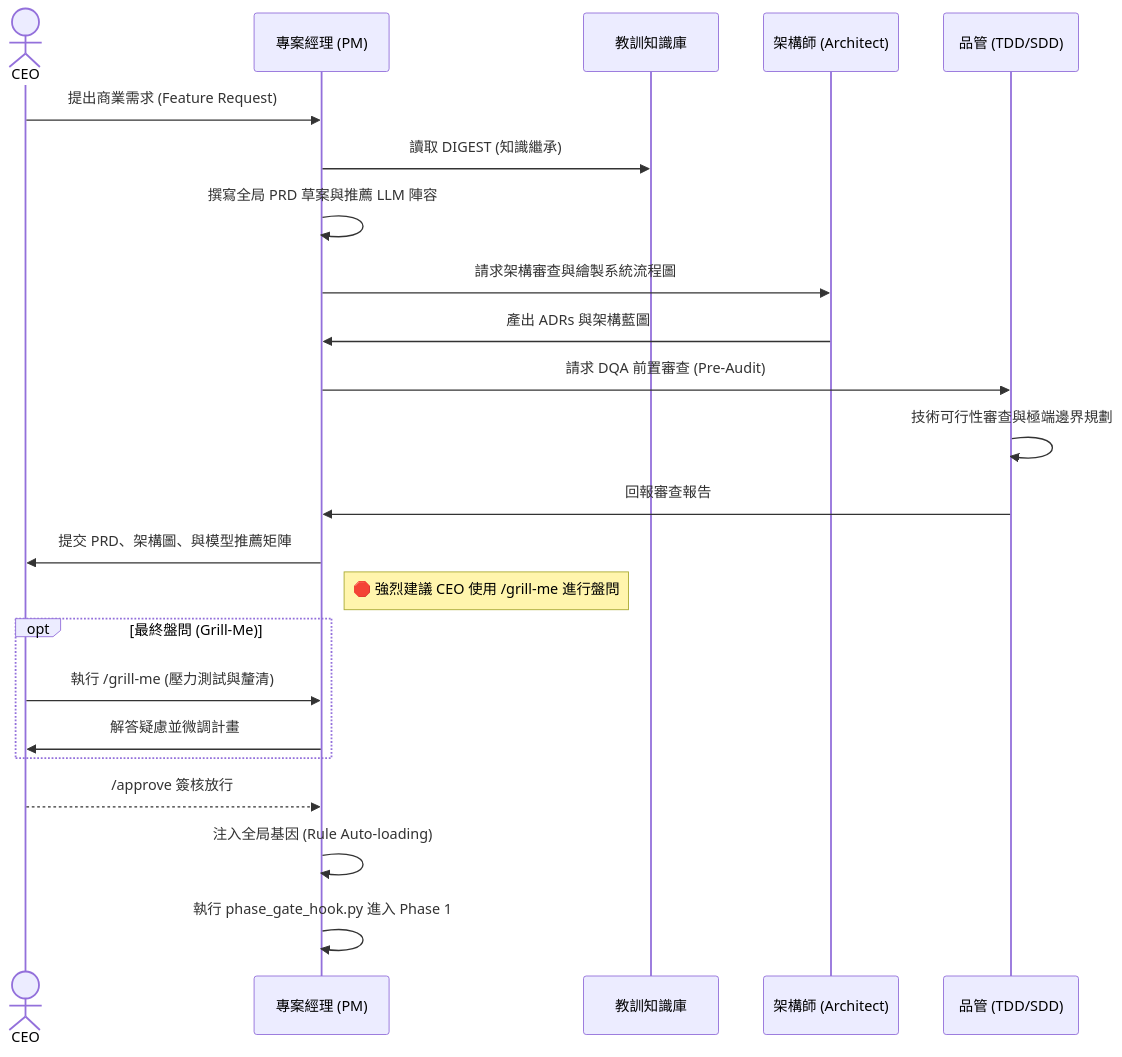
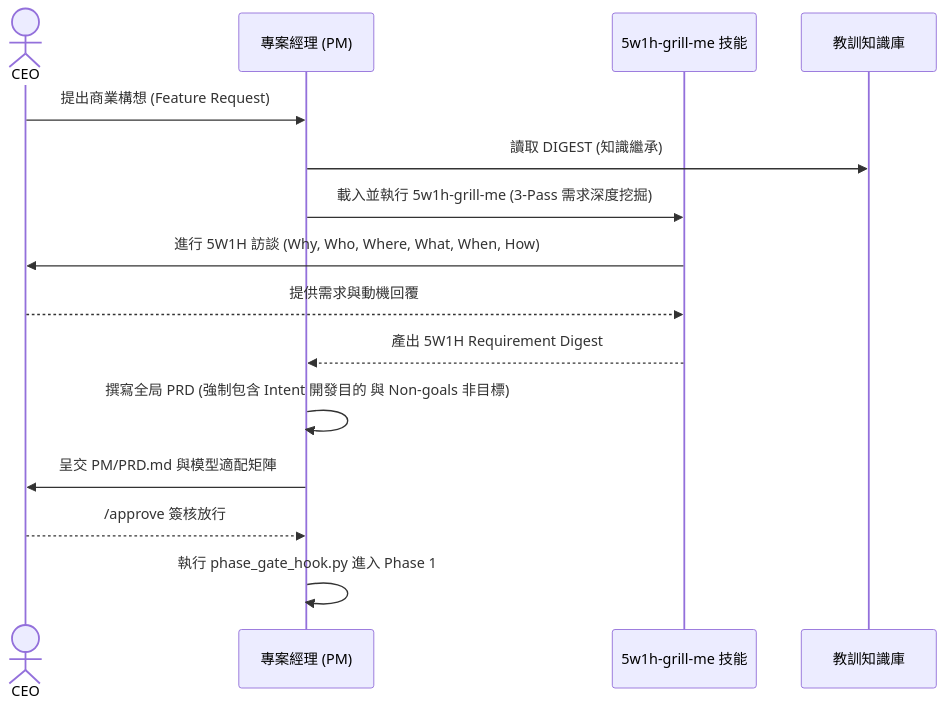
The second of 8 diagrams in README.md (vip3310495-Johnny/Johnny-project-team-plugin), drawn with Mermaid before and after one commit. The commit also changed other lines of this file, not shown here.

Commit message:
docs: update README.md workflow and detailed sequence diagrams for v2.0.0

````diff
--- a/README.md
+++ b/README.md
@@ -93,29 +92,18 @@
 ```mermaid
 sequenceDiagram
     actor CEO
     participant PM as 專案經理 (PM)
+    participant Grill as 5w1h-grill-me 技能
     participant KB as 教訓知識庫
-    participant Arch as 架構師 (Architect)
-    participant DQA as 品管 (TDD/SDD)
     
-    CEO->>PM: 提出商業需求 (Feature Request)
+    CEO->>PM: 提出商業構想 (Feature Request)
     PM->>KB: 讀取 DIGEST (知識繼承)
-    PM->>PM: 撰寫全局 PRD 草案與推薦 LLM 陣容
-    PM->>Arch: 請求架構審查與繪製系統流程圖
-    Arch->>PM: 產出 ADRs 與架構藍圖
-    PM->>DQA: 請求 DQA 前置審查 (Pre-Audit)
-    DQA->>DQA: 技術可行性審查與極端邊界規劃
-    DQA->>PM: 回報審查報告
-    
-    PM->>CEO: 提交 PRD、架構圖、與模型推薦矩陣
-    Note right of PM: 🛑 強烈建議 CEO 使用 /grill-me 進行盤問
-    
-    opt 最終盤問 (Grill-Me)
-        CEO->>PM: 執行 /grill-me (壓力測試與釐清)
-        PM->>CEO: 解答疑慮並微調計畫
-    end
-    
+    PM->>Grill: 載入並執行 5w1h-grill-me (3-Pass 需求深度挖掘)
+    Grill->>CEO: 進行 5W1H 訪談 (Why, Who, Where, What, When, How)
+    CEO-->>Grill: 提供需求與動機回覆
+    Grill-->>PM: 產出 5W1H Requirement Digest
+    PM->>PM: 撰寫全局 PRD (強制包含 Intent 開發目的 與 Non-goals 非目標)
+    PM->>CEO: 呈交 PM/PRD.md 與模型適配矩陣
     CEO-->>PM: /approve 簽核放行
-    PM->>PM: 注入全局基因 (Rule Auto-loading)
     PM->>PM: 執行 phase_gate_hook.py 進入 Phase 1
 ```
````
